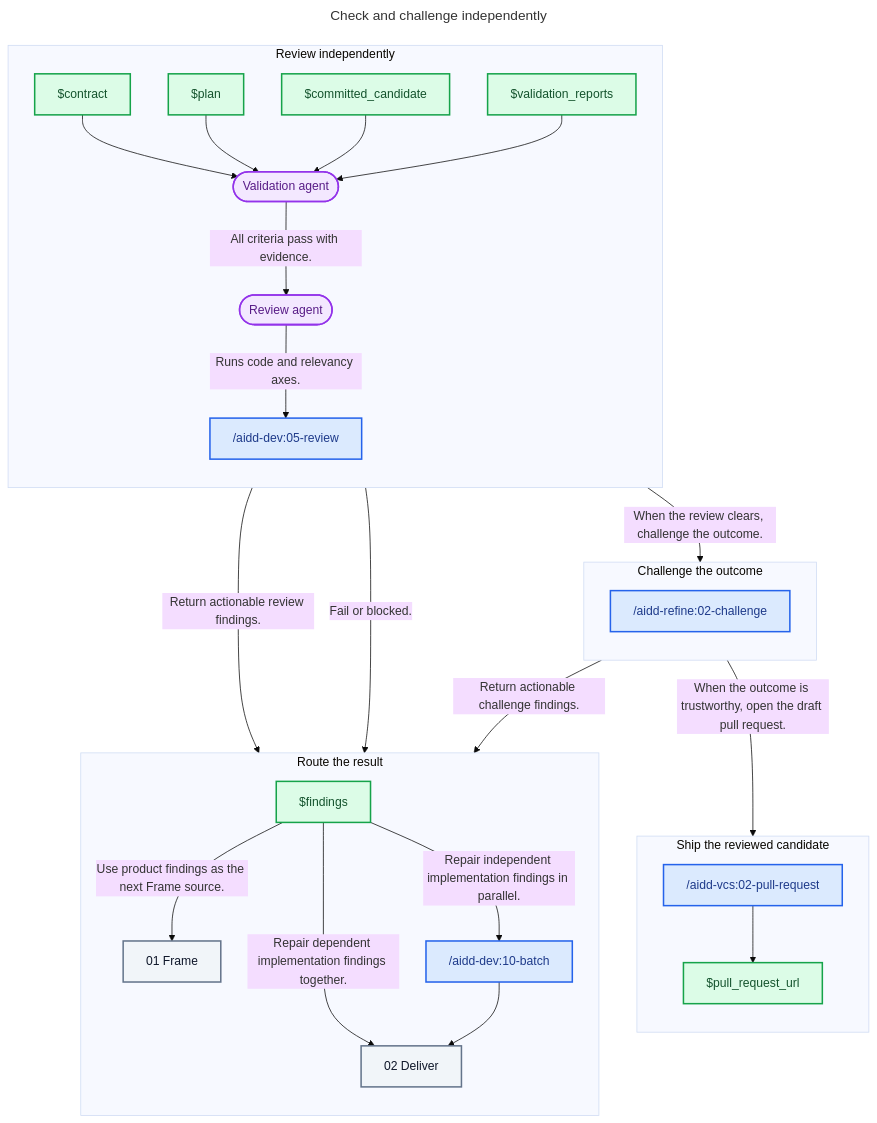
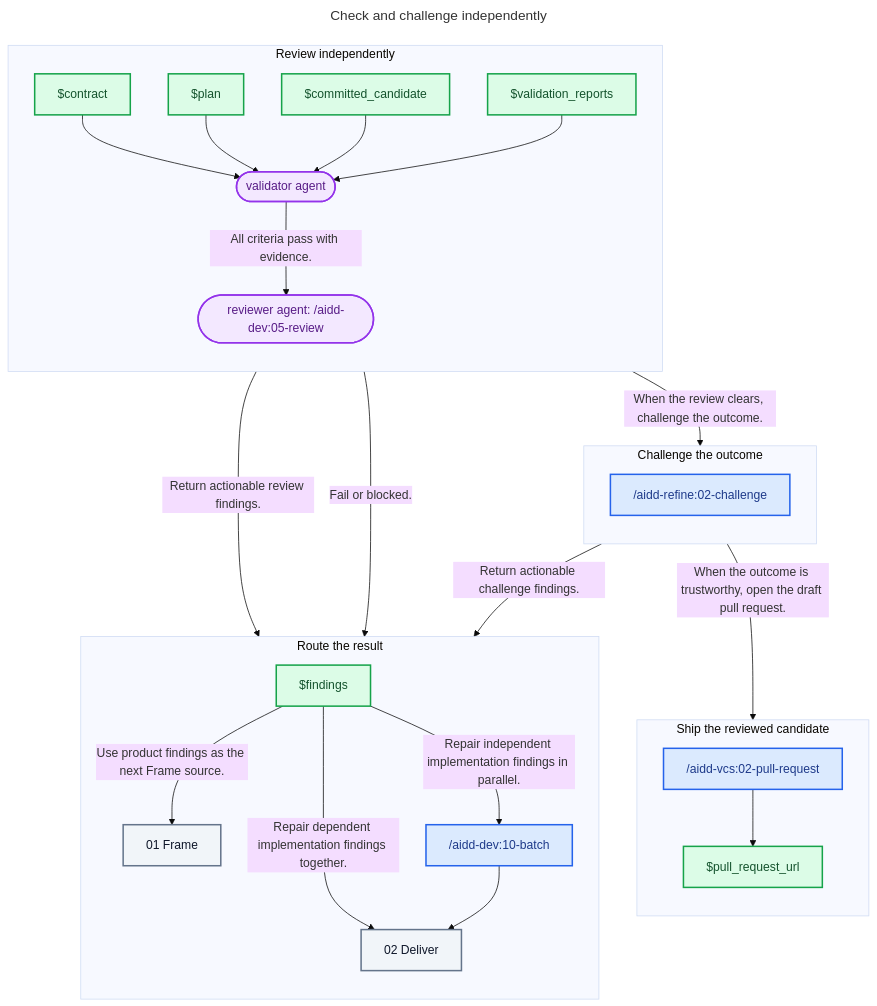
The diagram in plugins/aidd-orchestrator/skills/01-sdlc/references/03-check.md (ai-driven-dev/framework), drawn with Mermaid (base theme) before and after one commit. The commit also changed other lines of this file and 43 other files, not shown here.

````diff
--- a/plugins/aidd-orchestrator/skills/01-sdlc/references/03-check.md
+++ b/plugins/aidd-orchestrator/skills/01-sdlc/references/03-check.md
@@ -25,62 +25,60 @@
 ```mermaid
 ---
 title: Check and challenge independently
 ---
 flowchart TD
   subgraph ReviewStage["Review independently"]
     direction TB
     Contract["$contract"]
     Plan["$plan"]
     CommittedCandidate["$committed_candidate"]
     ValidationReports["$validation_reports"]
-    Validator(["Validation agent"])
-    Reviewer(["Review agent"])
-    Review["/aidd-dev:05-review"]
+    Validator(["validator agent"])
+    Reviewer(["reviewer agent: /aidd-dev:05-review"])
   end
 
   subgraph ChallengeStage["Challenge the outcome"]
     direction TB
     Challenge["/aidd-refine:02-challenge"]
   end
 
   subgraph RouteStage["Route the result"]
     direction TB
     Findings["$findings"]
     Frame["01 Frame"]
     Batch["/aidd-dev:10-batch"]
     Deliver["02 Deliver"]
   end
 
   subgraph ShipStage["Ship the reviewed candidate"]
     direction TB
     PullRequest["/aidd-vcs:02-pull-request"]
     PullRequestUrl["$pull_request_url"]
   end
 
   Contract --> Validator
   Plan --> Validator
   CommittedCandidate --> Validator
   ValidationReports --> Validator
   Validator -- "All criteria pass with evidence." --> Reviewer
   Validator -- "Fail or blocked." --> Findings
-  Reviewer -- "Runs code and relevancy axes." --> Review
-  Review -- "Return actionable review findings." --> Findings
-  Review -- "When the review clears, challenge the outcome." --> Challenge
+  Reviewer -- "Return actionable review findings." --> Findings
+  Reviewer -- "When the review clears, challenge the outcome." --> Challenge
   Challenge -- "Return actionable challenge findings." --> Findings
   Challenge -- "When the outcome is trustworthy, open the draft pull request." --> PullRequest
   Findings -- "Use product findings as the next Frame source." --> Frame
   Findings -- "Repair independent implementation findings in parallel." --> Batch
   Findings -- "Repair dependent implementation findings together." --> Deliver
   Batch --> Deliver
   PullRequest --> PullRequestUrl
 
   classDef skill fill:#DBEAFE,stroke:#2563EB,color:#1E3A8A,stroke-width:2px
   classDef agent fill:#F3E8FF,stroke:#9333EA,color:#581C87,stroke-width:2px
   classDef artifact fill:#DCFCE7,stroke:#16A34A,color:#14532D,stroke-width:2px
   classDef zone fill:#F1F5F9,stroke:#64748B,color:#0F172A,stroke-width:2px
 
-  class Review,Challenge,Batch,PullRequest skill
+  class Challenge,Batch,PullRequest skill
   class Reviewer,Validator agent
   class Contract,Plan,CommittedCandidate,ValidationReports,Findings,PullRequestUrl artifact
   class Frame,Deliver zone
 ```
````
